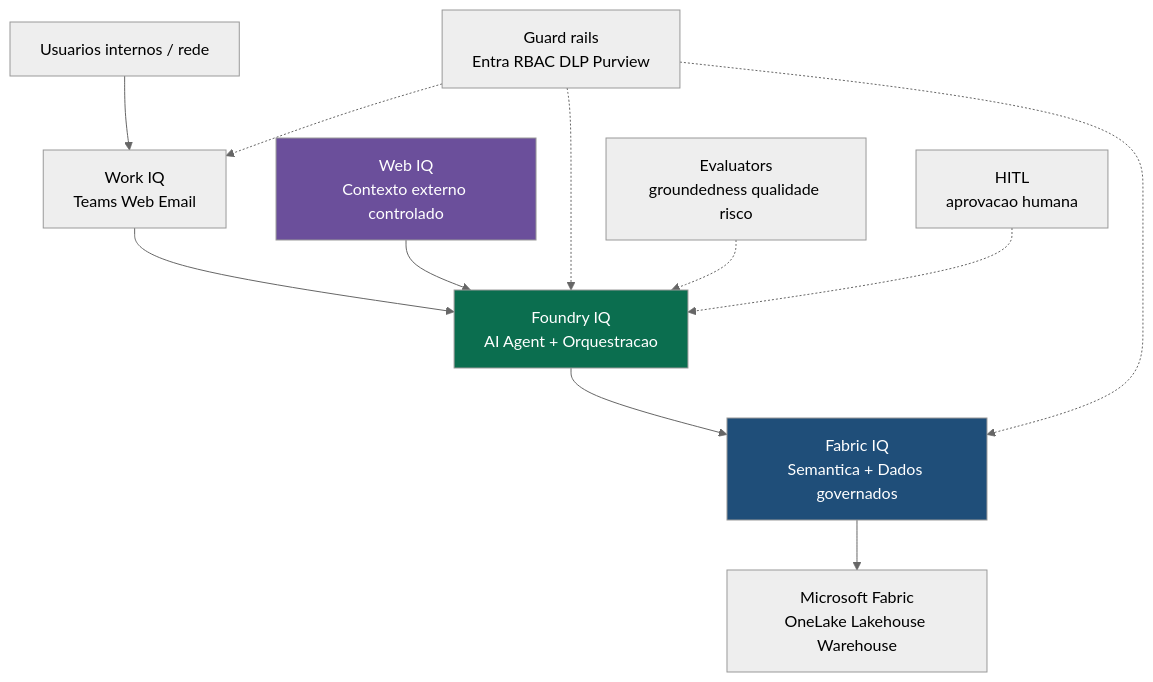
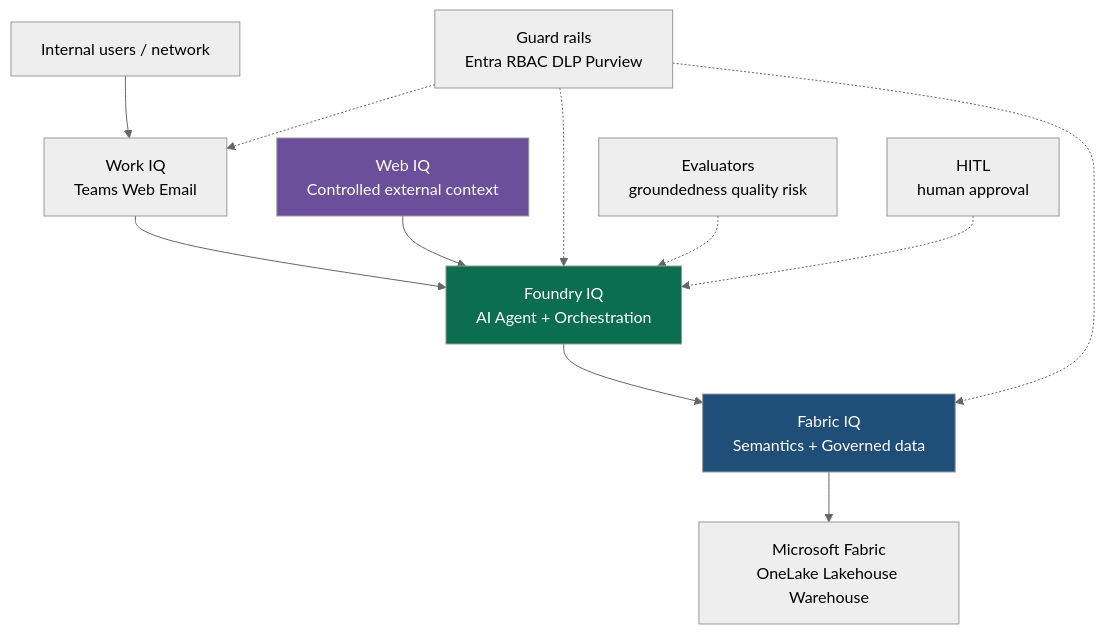
One commit to fabioharams/hubsp-ai-skill changed the third of 9 diagrams in doc/resultado.md. Above: the diagram before and after it, drawn with Mermaid (neutral theme). The commit also changed other lines of this file and 21 other files, not shown here.

````diff
--- a/doc/resultado.md
+++ b/doc/resultado.md
@@ -84,18 +84,18 @@
 ```mermaid
 flowchart TB
-    U[Usuarios internos / rede] --> WQ[Work IQ<br/>Teams Web Email]
-    WQ --> FQ[Foundry IQ<br/>AI Agent + Orquestracao]
-    FQ --> FBQ[Fabric IQ<br/>Semantica + Dados governados]
+    U[Internal users / network] --> WQ[Work IQ<br/>Teams Web Email]
+    WQ --> FQ[Foundry IQ<br/>AI Agent + Orchestration]
+    FQ --> FBQ[Fabric IQ<br/>Semantics + Governed data]
     FBQ --> FAB[Microsoft Fabric<br/>OneLake Lakehouse Warehouse]
-    WEB[Web IQ<br/>Contexto externo controlado] --> FQ
+    WEB[Web IQ<br/>Controlled external context] --> FQ
 
     GR[Guard rails<br/>Entra RBAC DLP Purview] -.-> WQ
     GR -.-> FQ
     GR -.-> FBQ
-    EV[Evaluators<br/>groundedness qualidade risco] -.-> FQ
-    HITL[HITL<br/>aprovacao humana] -.-> FQ
+    EV[Evaluators<br/>groundedness quality risk] -.-> FQ
+    HITL[HITL<br/>human approval] -.-> FQ
 
     style FQ fill:#0B6E4F,color:#fff
     style FBQ fill:#1F4E79,color:#fff
     style WEB fill:#6B4F9B,color:#fff
 ```
````
